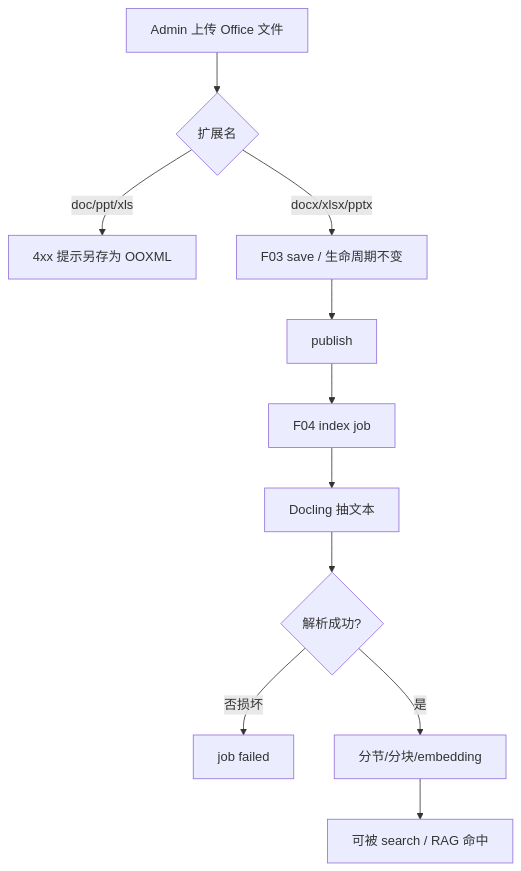
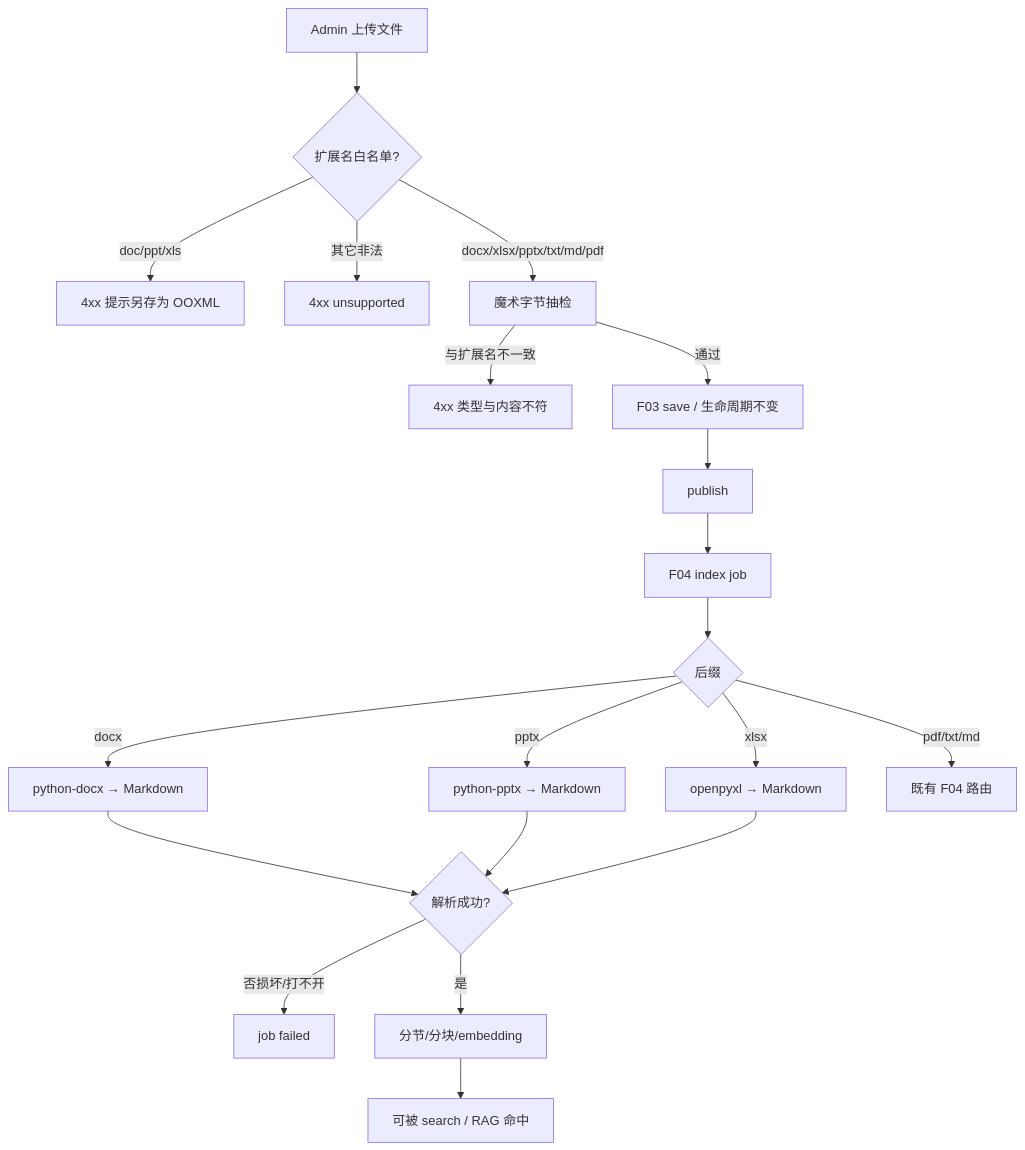
Before and after one commit to zmisi/rag-as-service: the diagram in docs/specs/phase2/features/F08-office-ooxml.md, drawn with Mermaid. The commit also changed other lines of this file and 33 other files, not shown here.

````diff
--- a/docs/specs/phase2/features/F08-office-ooxml.md
+++ b/docs/specs/phase2/features/F08-office-ooxml.md
@@ -30,13 +38,22 @@
 ```mermaid
 flowchart TD
-  A[Admin 上传 Office 文件] --> B{扩展名}
+  A[Admin 上传文件] --> B{扩展名白名单?}
   B -->|doc/ppt/xls| E1[4xx 提示另存为 OOXML]
-  B -->|docx/xlsx/pptx| C[F03 save / 生命周期不变]
-  C --> D[publish]
-  D --> E[F04 index job]
-  E --> F[Docling 抽文本]
-  F --> G{解析成功?}
-  G -->|否损坏| E2[job failed]
+  B -->|其它非法| E0[4xx unsupported]
+  B -->|docx/xlsx/pptx/txt/md/pdf| C[魔术字节抽检]
+  C -->|与扩展名不一致| E3[4xx 类型与内容不符]
+  C -->|通过| D[F03 save / 生命周期不变]
+  D --> P[publish]
+  P --> J[F04 index job]
+  J --> R{后缀}
+  R -->|docx| D1[python-docx → Markdown]
+  R -->|pptx| D2[python-pptx → Markdown]
+  R -->|xlsx| D3[openpyxl → Markdown]
+  R -->|pdf/txt/md| D0[既有 F04 路由]
+  D1 --> G{解析成功?}
+  D2 --> G
+  D3 --> G
+  G -->|否损坏/打不开| E2[job failed]
   G -->|是| H[分节/分块/embedding]
   H --> I[可被 search / RAG 命中]
 ```
````
